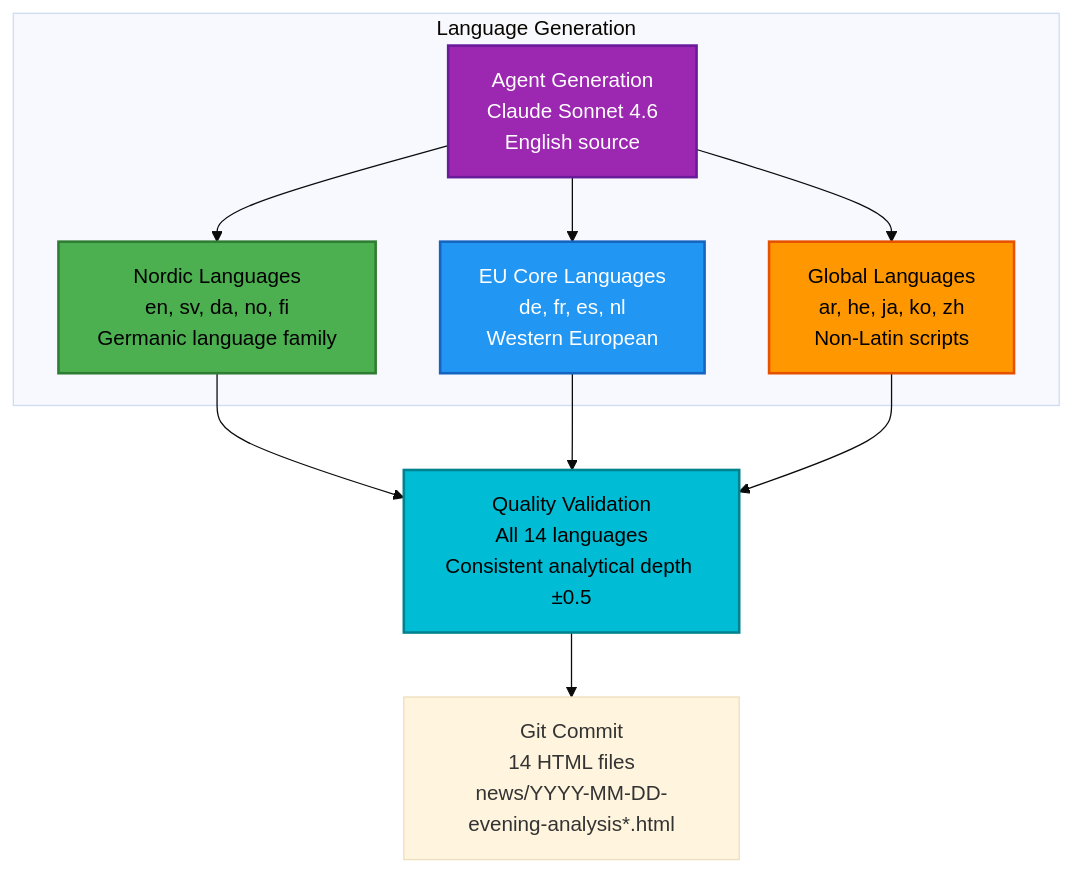
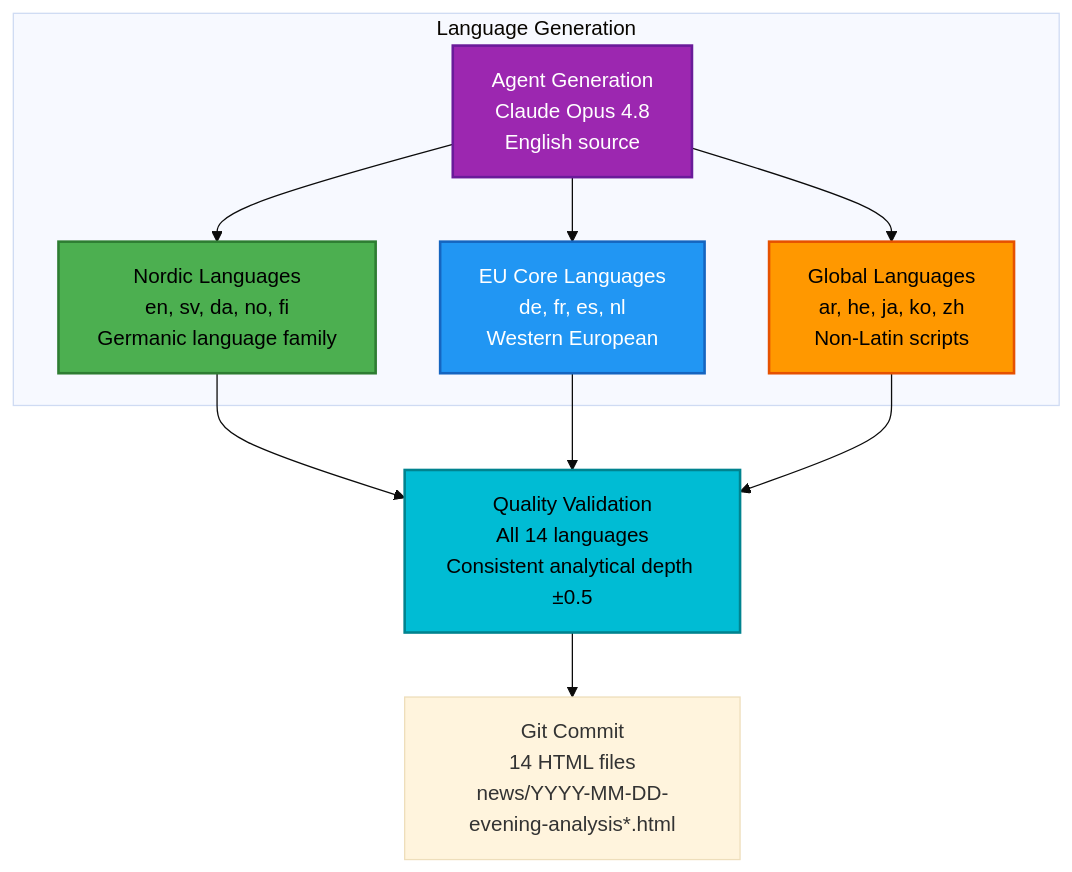
Before and after one commit to Hack23/riksdagsmonitor: the tenth of 21 diagrams in ARCHITECTURE.md, drawn with Mermaid (base theme). The commit also changed other lines of this file and 42 other files, not shown here.

Commit message:
Switch agentic workflows to claude-opus-4.8 (translate stays sonnet-4.6)

````diff
--- a/ARCHITECTURE.md
+++ b/ARCHITECTURE.md
@@ -1075,26 +1078,26 @@
 ```mermaid
 graph TB
     subgraph "Language Generation"
-        Source[Agent Generation<br/>Claude Sonnet 4.6<br/>English source]
+        Source[Agent Generation<br/>Claude Opus 4.8<br/>English source]
         
         Nordic[Nordic Languages<br/>en, sv, da, no, fi<br/>Germanic language family]
         EU[EU Core Languages<br/>de, fr, es, nl<br/>Western European]
         Global[Global Languages<br/>ar, he, ja, ko, zh<br/>Non-Latin scripts]
     end
     
     Source --> Nordic
     Source --> EU
     Source --> Global
     
     Nordic --> Validation[Quality Validation<br/>All 14 languages<br/>Consistent analytical depth ±0.5]
     EU --> Validation
     Global --> Validation
     
     Validation --> Commit[Git Commit<br/>14 HTML files<br/>news/YYYY-MM-DD-evening-analysis*.html]
     
     style Source fill:#9c27b0,stroke:#6a1b9a,stroke-width:2px,color:#ffffff
     style Nordic fill:#4caf50,stroke:#2e7d32,stroke-width:2px,color:#000000
     style EU fill:#2196f3,stroke:#1565c0,stroke-width:2px,color:#ffffff
     style Global fill:#ff9800,stroke:#e65100,stroke-width:2px,color:#000000
     style Validation fill:#00bcd4,stroke:#00838f,stroke-width:2px,color:#000000
 ```
````
